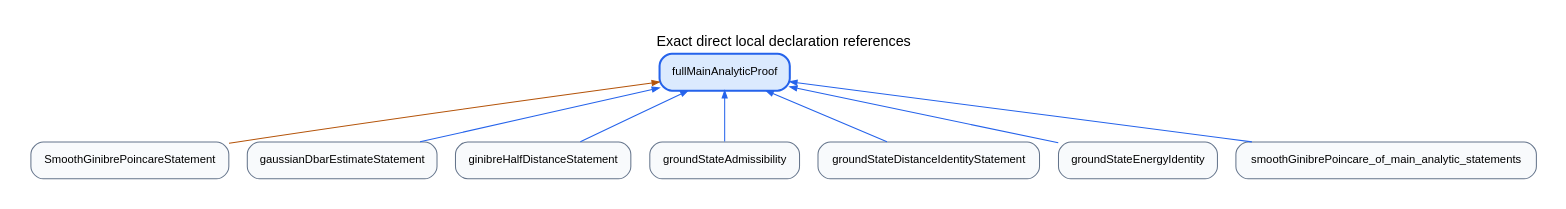
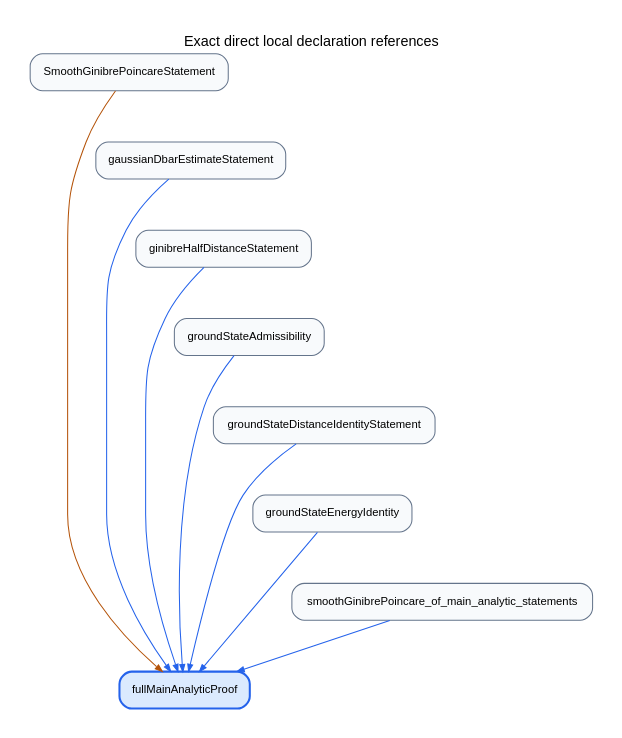
The diagram in diagrams/formal-fullMainAnalyticProof.dot (djalilchafai/ginibre-poincare), drawn with Graphviz before and after one commit. The commit also changed 44 other files, not shown here.

Commit message:
Make dependency diagrams vertical and add GitHub Pages deployment

```diff
--- a/diagrams/formal-fullMainAnalyticProof.dot
+++ b/diagrams/formal-fullMainAnalyticProof.dot
@@ -1,21 +1,27 @@
 digraph formal_dependencies {
-rankdir=BT;
+rankdir=TB;
 graph [bgcolor="white", pad="0.3", nodesep="0.25", ranksep="0.7", label="Exact direct local declaration references", labelloc=t, fontname="sans-serif"];
 node [shape=box, style="rounded,filled", fillcolor="#f8fafc", color="#64748b", fontname="sans-serif", fontsize=11];
 edge [arrowsize=0.7, fontname="sans-serif", fontsize=9];
 "GinibrePoincare.SmoothGinibrePoincareStatement" [label="SmoothGinibrePoincareStatement"];
 "GinibrePoincare.fullMainAnalyticProof" [label="fullMainAnalyticProof", fillcolor="#dbeafe", color="#2563eb", penwidth=2];
 "GinibrePoincare.gaussianDbarEstimateStatement" [label="gaussianDbarEstimateStatement"];
 "GinibrePoincare.ginibreHalfDistanceStatement" [label="ginibreHalfDistanceStatement"];
 "GinibrePoincare.groundStateAdmissibility" [label="groundStateAdmissibility"];
 "GinibrePoincare.groundStateDistanceIdentityStatement" [label="groundStateDistanceIdentityStatement"];
 "GinibrePoincare.groundStateEnergyIdentity" [label="groundStateEnergyIdentity"];
 "GinibrePoincare.smoothGinibrePoincare_of_main_analytic_statements" [label="smoothGinibrePoincare_of_main_analytic_statements"];
 "GinibrePoincare.SmoothGinibrePoincareStatement" -> "GinibrePoincare.fullMainAnalyticProof" [color="#b45309", tooltip="type"];
 "GinibrePoincare.gaussianDbarEstimateStatement" -> "GinibrePoincare.fullMainAnalyticProof" [color="#2563eb", tooltip="value"];
 "GinibrePoincare.ginibreHalfDistanceStatement" -> "GinibrePoincare.fullMainAnalyticProof" [color="#2563eb", tooltip="value"];
 "GinibrePoincare.groundStateAdmissibility" -> "GinibrePoincare.fullMainAnalyticProof" [color="#2563eb", tooltip="value"];
 "GinibrePoincare.groundStateDistanceIdentityStatement" -> "GinibrePoincare.fullMainAnalyticProof" [color="#2563eb", tooltip="value"];
 "GinibrePoincare.groundStateEnergyIdentity" -> "GinibrePoincare.fullMainAnalyticProof" [color="#2563eb", tooltip="value"];
 "GinibrePoincare.smoothGinibrePoincare_of_main_analytic_statements" -> "GinibrePoincare.fullMainAnalyticProof" [color="#2563eb", tooltip="value"];
+"GinibrePoincare.SmoothGinibrePoincareStatement" -> "GinibrePoincare.gaussianDbarEstimateStatement" [style=invis];
+"GinibrePoincare.gaussianDbarEstimateStatement" -> "GinibrePoincare.ginibreHalfDistanceStatement" [style=invis];
+"GinibrePoincare.ginibreHalfDistanceStatement" -> "GinibrePoincare.groundStateAdmissibility" [style=invis];
+"GinibrePoincare.groundStateAdmissibility" -> "GinibrePoincare.groundStateDistanceIdentityStatement" [style=invis];
+"GinibrePoincare.groundStateDistanceIdentityStatement" -> "GinibrePoincare.groundStateEnergyIdentity" [style=invis];
+"GinibrePoincare.groundStateEnergyIdentity" -> "GinibrePoincare.smoothGinibrePoincare_of_main_analytic_statements" [style=invis];
 }
```
